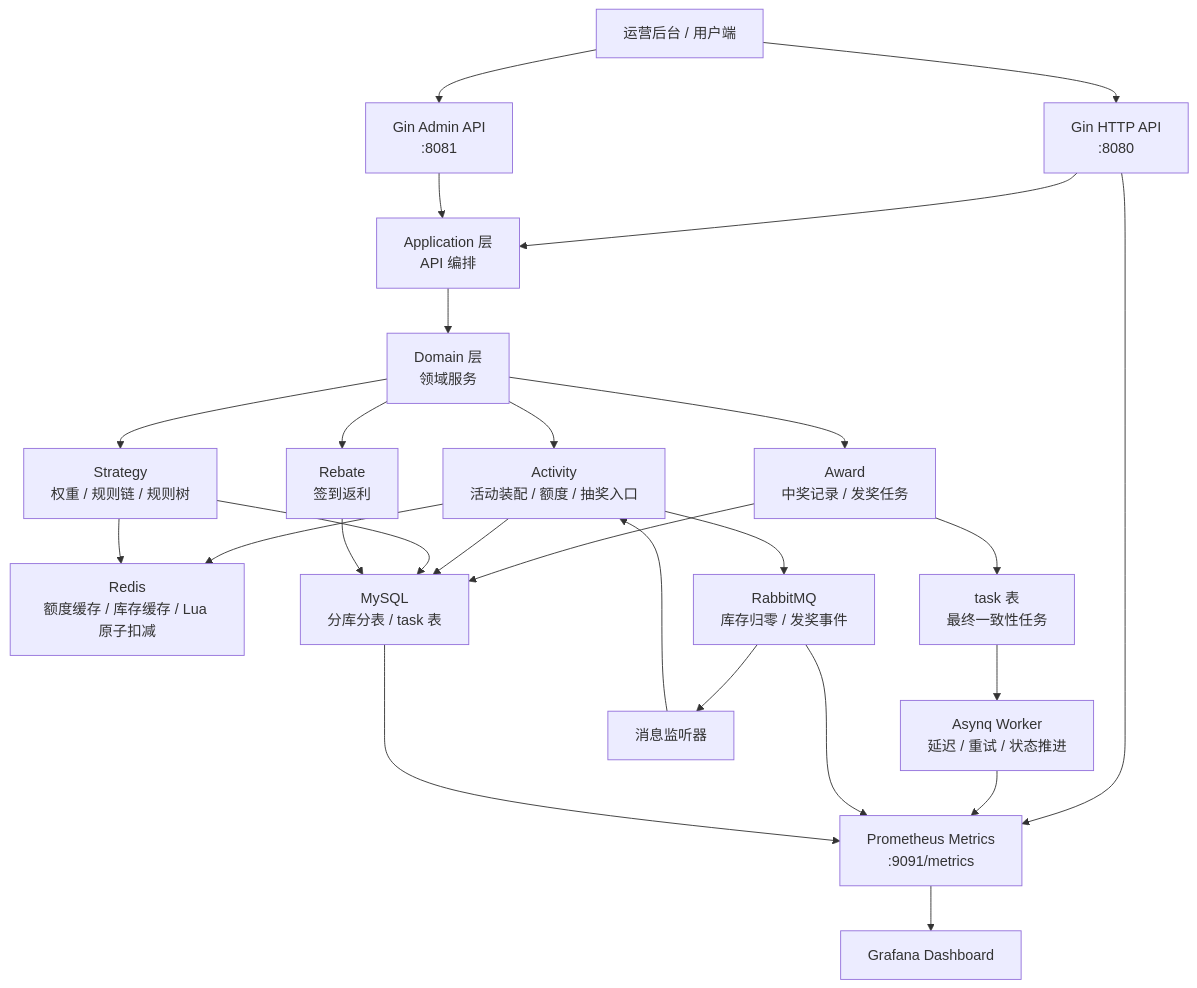
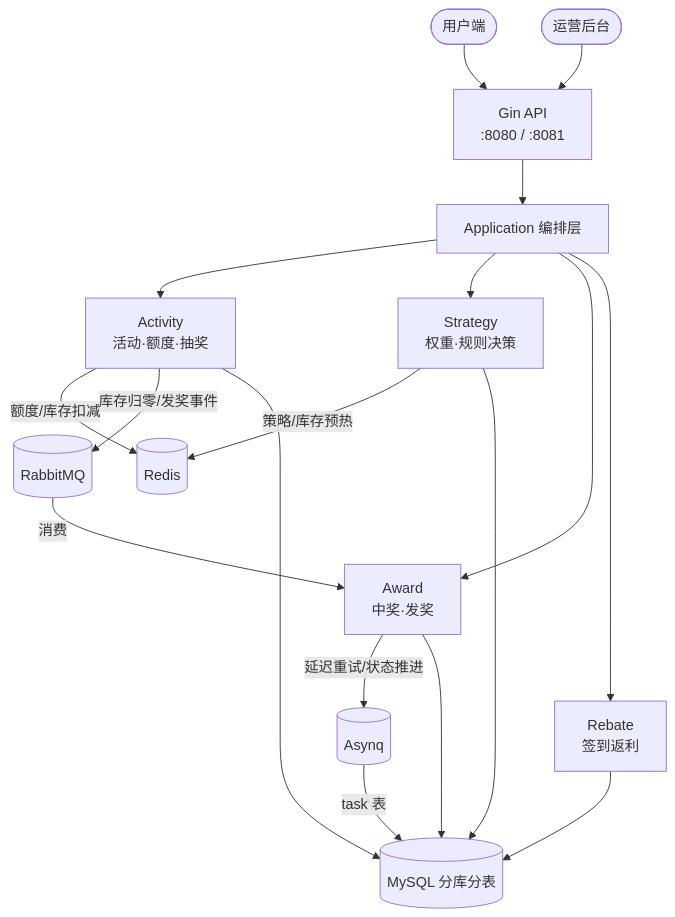
The first of 2 diagrams in README.md (yywencs/PrizeForge), drawn with Mermaid before and after one commit. The commit also changed other lines of this file, not shown here.

Commit message:
docs:修改readme文档

````diff
--- a/README.md
+++ b/README.md
@@ -16,31 +16,22 @@
 ```mermaid
 flowchart TD
-    Client["运营后台 / 用户端"] --> HTTP["Gin HTTP API<br/>:8080"]
-    Client --> Admin["Gin Admin API<br/>:8081"]
-    HTTP --> App["Application 层<br/>API 编排"]
-    Admin --> App
-    App --> Domain["Domain 层<br/>领域服务"]
-    Domain --> Activity["Activity<br/>活动装配 / 额度 / 抽奖入口"]
-    Domain --> Strategy["Strategy<br/>权重 / 规则链 / 规则树"]
-    Domain --> Award["Award<br/>中奖记录 / 发奖任务"]
-    Domain --> Rebate["Rebate<br/>签到返利"]
+    User(["用户端"]) & Admin(["运营后台"]) --> HTTP["Gin API<br/>:8080 / :8081"]
 
-    Activity --> Redis["Redis<br/>额度缓存 / 库存缓存 / Lua 原子扣减"]
-    Strategy --> Redis
-    Award --> MySQL["MySQL<br/>分库分表 / task 表"]
-    Activity --> MySQL
-    Strategy --> MySQL
-    Rebate --> MySQL
+    HTTP --> App["Application 编排层"]
 
-    Award --> Task["task 表<br/>最终一致性任务"]
-    Task --> Asynq["Asynq Worker<br/>延迟 / 重试 / 状态推进"]
-    Activity --> RabbitMQ["RabbitMQ<br/>库存归零 / 发奖事件"]
-    RabbitMQ --> Listener["消息监听器"]
-    Listener --> Activity
+    App --> Activity["Activity<br/>活动·额度·抽奖"]
+    App --> Strategy["Strategy<br/>权重·规则决策"]
+    App --> Award["Award<br/>中奖·发奖"]
+    App --> Rebate["Rebate<br/>签到返利"]
 
-    HTTP --> Metrics["Prometheus Metrics<br/>:9091/metrics"]
-    Asynq --> Metrics
-    RabbitMQ --> Metrics
-    MySQL --> Metrics
-    Metrics --> Grafana["Grafana Dashboard"]
+    Activity -- "额度/库存扣减" --> Redis[("Redis")]
+    Strategy -- "策略/库存预热" --> Redis
+
+    Activity -- "库存归零/发奖事件" --> RabbitMQ[("RabbitMQ")]
+    RabbitMQ -- "消费" --> Award
+
+    Award -- "延迟重试/状态推进" --> Asynq[("Asynq")]
+    Asynq -- "task 表" --> MySQL[("MySQL 分库分表")]
+
+    Activity & Strategy & Award & Rebate --> MySQL
 ```
````
